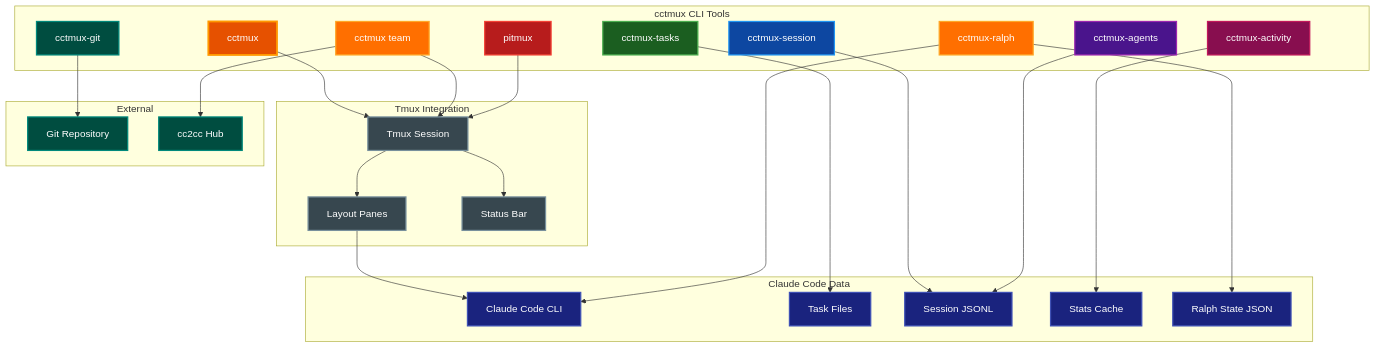
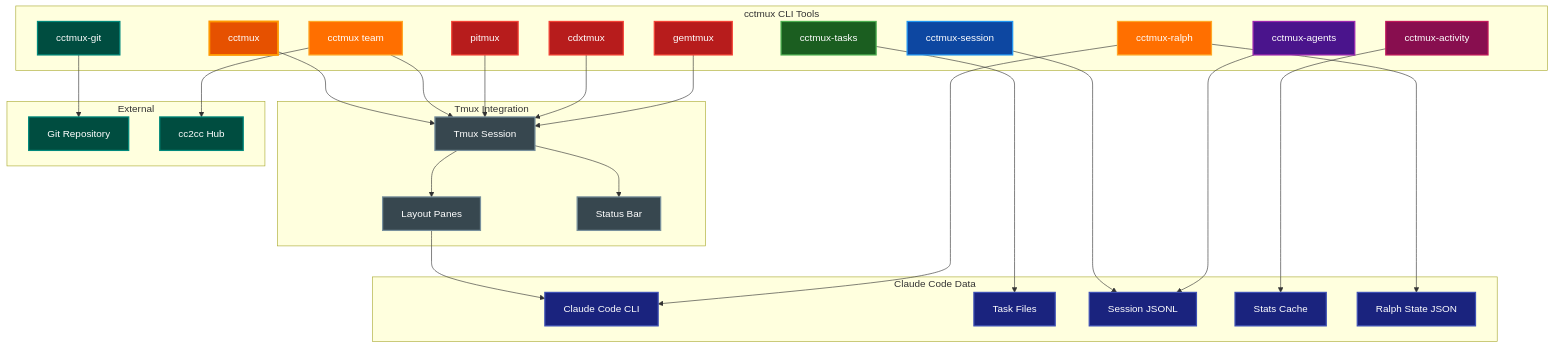
The diagram in docs/README.md (paulrobello/cctmux), drawn with Mermaid before and after one commit. The commit also changed other lines of this file and 9 other files, not shown here.

````diff
--- a/docs/README.md
+++ b/docs/README.md
@@ -24,69 +25,75 @@
 ```mermaid
 graph TB
     subgraph "cctmux CLI Tools"
         Main[cctmux]
         Team[cctmux team]
         Tasks[cctmux-tasks]
         Session[cctmux-session]
         Agents[cctmux-agents]
         Activity[cctmux-activity]
         GitMon[cctmux-git]
         Ralph[cctmux-ralph]
         Pitmux[pitmux]
+        Cdxtmux[cdxtmux]
+        Gemtmux[gemtmux]
     end
 
     subgraph "Tmux Integration"
         TmuxSession[Tmux Session]
         Panes[Layout Panes]
         StatusBar[Status Bar]
     end
 
     subgraph "Claude Code Data"
         Claude[Claude Code CLI]
         TaskFiles[Task Files]
         SessionFiles[Session JSONL]
         StatsCache[Stats Cache]
         RalphState[Ralph State JSON]
     end
 
     subgraph "External"
         GitRepo[Git Repository]
         CC2CC[cc2cc Hub]
     end
 
     Main --> TmuxSession
     Team --> TmuxSession
     Team --> CC2CC
     Pitmux --> TmuxSession
+    Cdxtmux --> TmuxSession
+    Gemtmux --> TmuxSession
     TmuxSession --> Panes
     TmuxSession --> StatusBar
     Panes --> Claude
 
     Tasks --> TaskFiles
     Session --> SessionFiles
     Agents --> SessionFiles
     Activity --> StatsCache
     GitMon --> GitRepo
     Ralph --> RalphState
     Ralph --> Claude
 
     style Main fill:#e65100,stroke:#ff9800,stroke-width:3px,color:#ffffff
     style Team fill:#ff6f00,stroke:#ffa726,stroke-width:2px,color:#ffffff
     style Tasks fill:#1b5e20,stroke:#4caf50,stroke-width:2px,color:#ffffff
     style Session fill:#0d47a1,stroke:#2196f3,stroke-width:2px,color:#ffffff
     style Agents fill:#4a148c,stroke:#9c27b0,stroke-width:2px,color:#ffffff
     style Activity fill:#880e4f,stroke:#c2185b,stroke-width:2px,color:#ffffff
     style GitMon fill:#004d40,stroke:#00897b,stroke-width:2px,color:#ffffff
     style Ralph fill:#ff6f00,stroke:#ffa726,stroke-width:2px,color:#ffffff
     style Pitmux fill:#b71c1c,stroke:#f44336,stroke-width:2px,color:#ffffff
+    style Cdxtmux fill:#b71c1c,stroke:#f44336,stroke-width:2px,color:#ffffff
+    style Gemtmux fill:#b71c1c,stroke:#f44336,stroke-width:2px,color:#ffffff
     style TmuxSession fill:#37474f,stroke:#78909c,stroke-width:2px,color:#ffffff
     style Panes fill:#37474f,stroke:#78909c,stroke-width:2px,color:#ffffff
     style StatusBar fill:#37474f,stroke:#78909c,stroke-width:2px,color:#ffffff
     style Claude fill:#1a237e,stroke:#3f51b5,stroke-width:2px,color:#ffffff
     style TaskFiles fill:#1a237e,stroke:#3f51b5,stroke-width:2px,color:#ffffff
     style SessionFiles fill:#1a237e,stroke:#3f51b5,stroke-width:2px,color:#ffffff
     style StatsCache fill:#1a237e,stroke:#3f51b5,stroke-width:2px,color:#ffffff
     style RalphState fill:#1a237e,stroke:#3f51b5,stroke-width:2px,color:#ffffff
     style GitRepo fill:#004d40,stroke:#00897b,stroke-width:2px,color:#ffffff
     style CC2CC fill:#004d40,stroke:#00897b,stroke-width:2px,color:#ffffff
 ```
````
